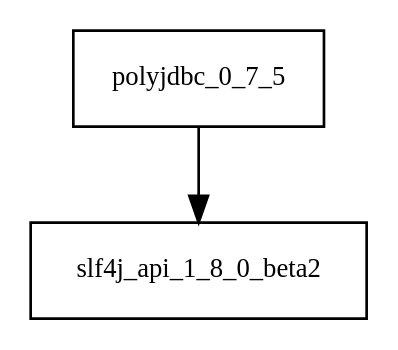
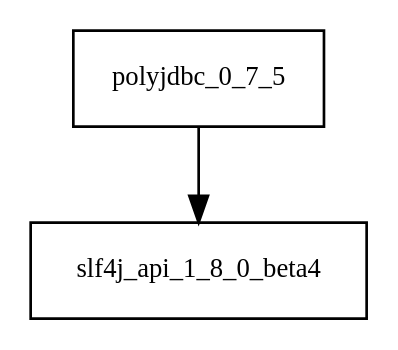
The diagram in tattleTaleReport/graphviz/polyjdbc-0.7.5.jar/polyjdbc-0.7.5.jar.dot (Hack23/cia), drawn with Graphviz before and after one commit. The commit also changed 2261 other files, not shown here.

```diff
--- a/tattleTaleReport/graphviz/polyjdbc-0.7.5.jar/polyjdbc-0.7.5.jar.dot
+++ b/tattleTaleReport/graphviz/polyjdbc-0.7.5.jar/polyjdbc-0.7.5.jar.dot
@@ -1,4 +1,4 @@
 digraph polyjdbc_0_7_5_dependencies {
   node [shape = box, fontsize=10.0];
-  polyjdbc_0_7_5 -> slf4j_api_1_8_0_beta2;
+  polyjdbc_0_7_5 -> slf4j_api_1_8_0_beta4;
 }
```
